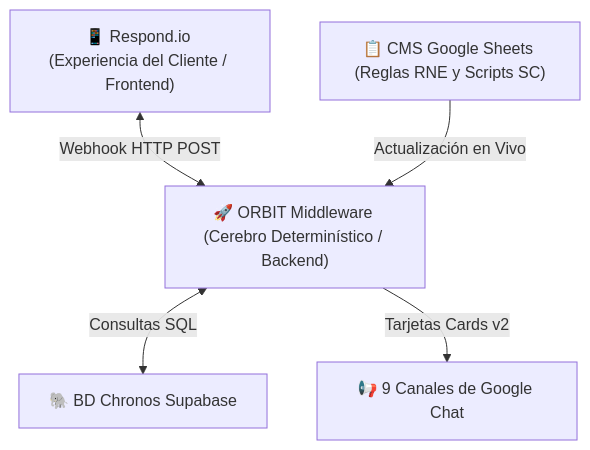
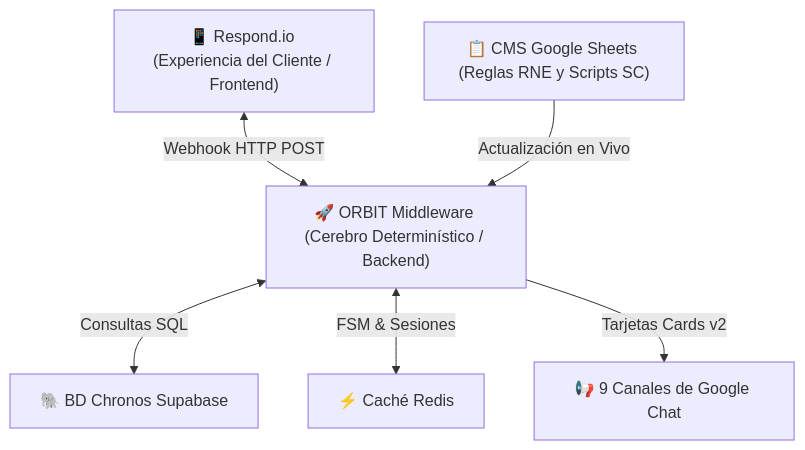
Before and after one commit to mxjhurtado-web/Ecosistema-Maxi: the diagram in PRESENTACION_ORBIT_EVOLUCION_INTEGRADA_2026.md, drawn with Mermaid. The commit also changed other lines of this file, not shown here.

Commit message:
docs: integrar la seccion exhaustiva de la Maquina de Estados Finitos (FSM) a la presentacion de ORBIT

````diff
--- a/PRESENTACION_ORBIT_EVOLUCION_INTEGRADA_2026.md
+++ b/PRESENTACION_ORBIT_EVOLUCION_INTEGRADA_2026.md
@@ -21,7 +21,8 @@
 ```mermaid
 flowchart TD
     A["📱 Respond.io (Experiencia del Cliente / Frontend)"] <-->|Webhook HTTP POST| B["🚀 ORBIT Middleware (Cerebro Determinístico / Backend)"]
     C["📋 CMS Google Sheets (Reglas RNE y Scripts SC)"] -->|Actualización en Vivo| B
     B <-->|Consultas SQL| D["🐘 BD Chronos Supabase"]
-    B -->|Tarjetas Cards v2| E["📢 9 Canales de Google Chat"]
+    B <-->|FSM & Sesiones| E["⚡ Caché Redis"]
+    B -->|Tarjetas Cards v2| F["📢 9 Canales de Google Chat"]
 ```
````
